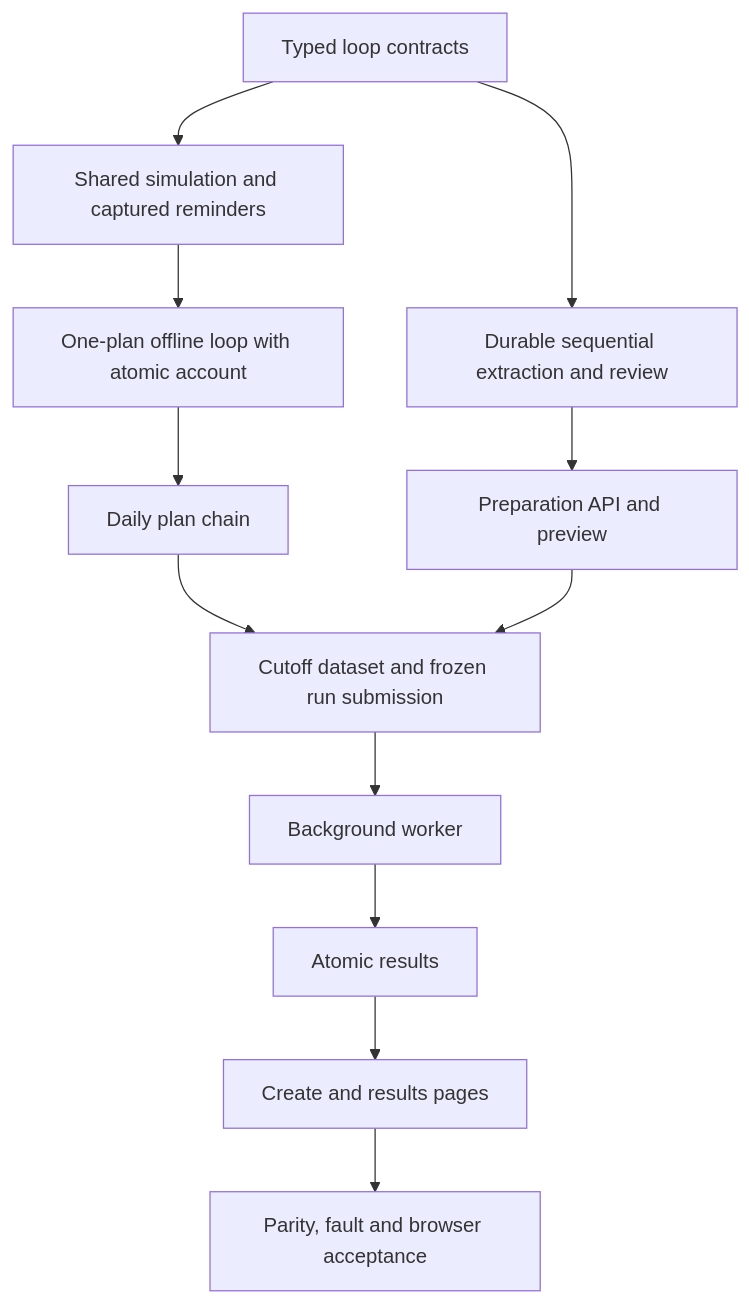
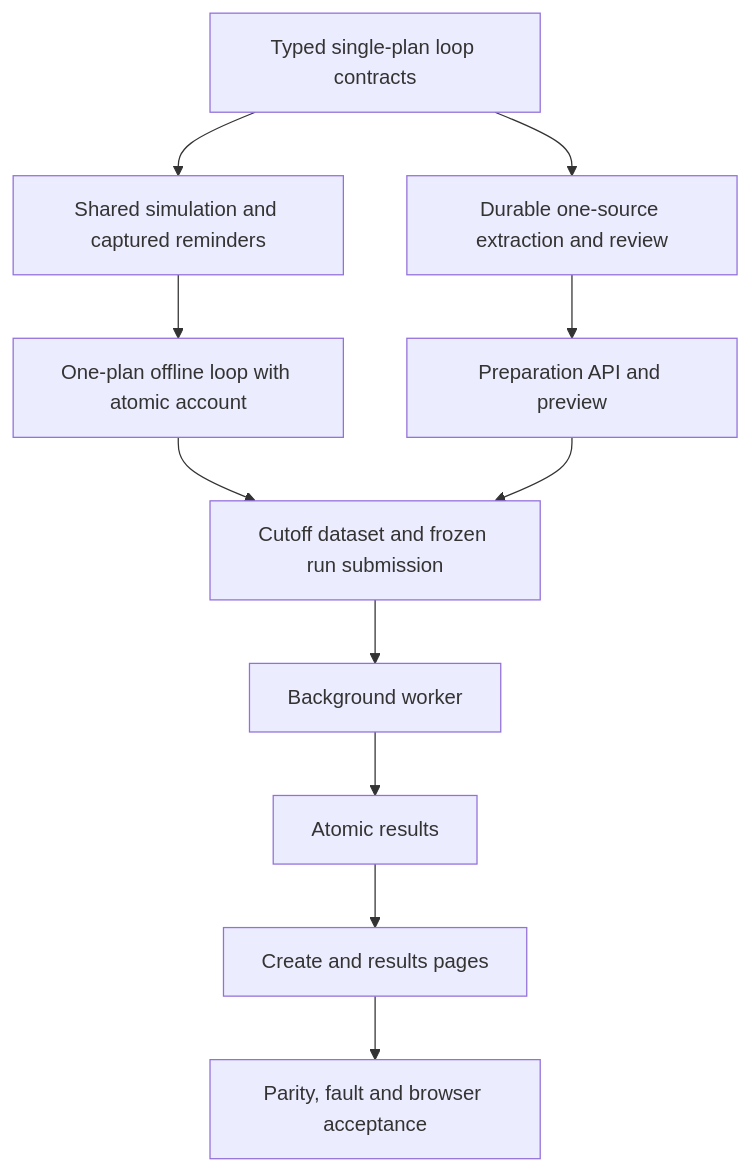
Before and after one commit to xiedc1227-bot/trade-plan-monitor: the diagram in tasks/plan.md, drawn with Mermaid. The commit also changed other lines of this file and 23 other files, not shown here.

````diff
--- a/tasks/plan.md
+++ b/tasks/plan.md
@@ -34,14 +34,13 @@
 ```mermaid
 flowchart TD
-    A[Typed loop contracts] --> B[Shared simulation and captured reminders]
+    A[Typed single-plan loop contracts] --> B[Shared simulation and captured reminders]
     B --> C[One-plan offline loop with atomic account]
-    C --> D[Daily plan chain]
-    A --> E[Durable sequential extraction and review]
+    A --> E[Durable one-source extraction and review]
     E --> F[Preparation API and preview]
-    D --> G[Cutoff dataset and frozen run submission]
+    C --> G[Cutoff dataset and frozen run submission]
     F --> G
     G --> H[Background worker]
     H --> I[Atomic results]
     I --> J[Create and results pages]
     J --> K[Parity, fault and browser acceptance]
 ```
````
